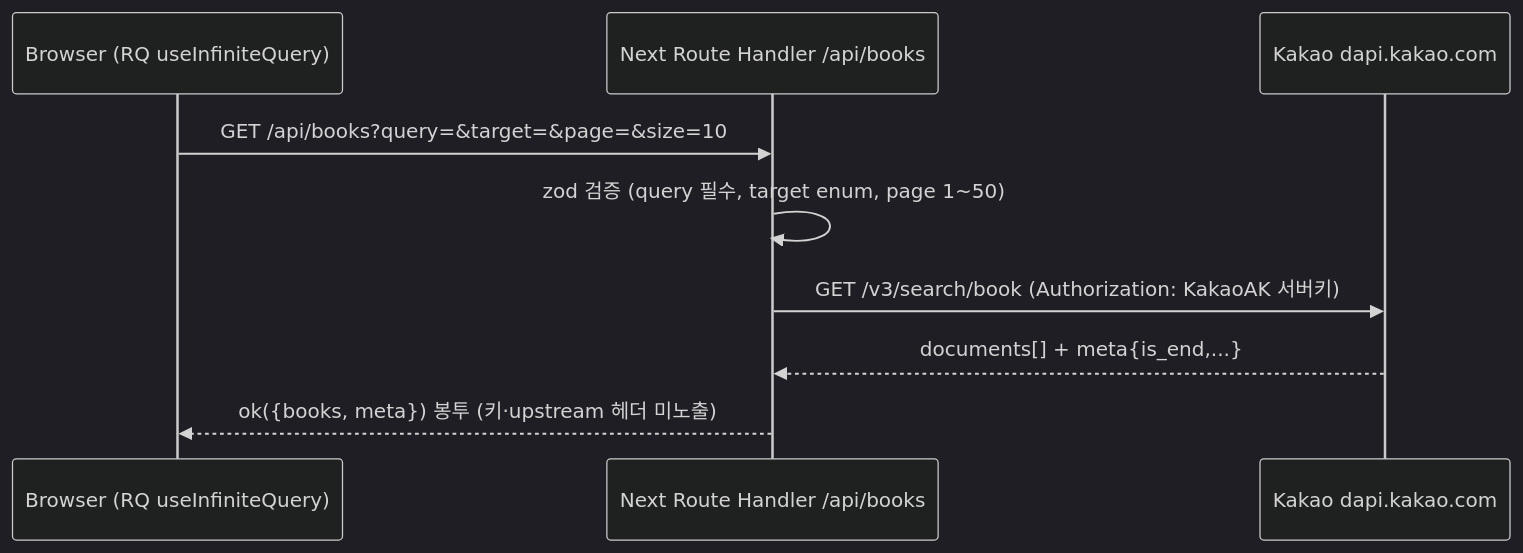
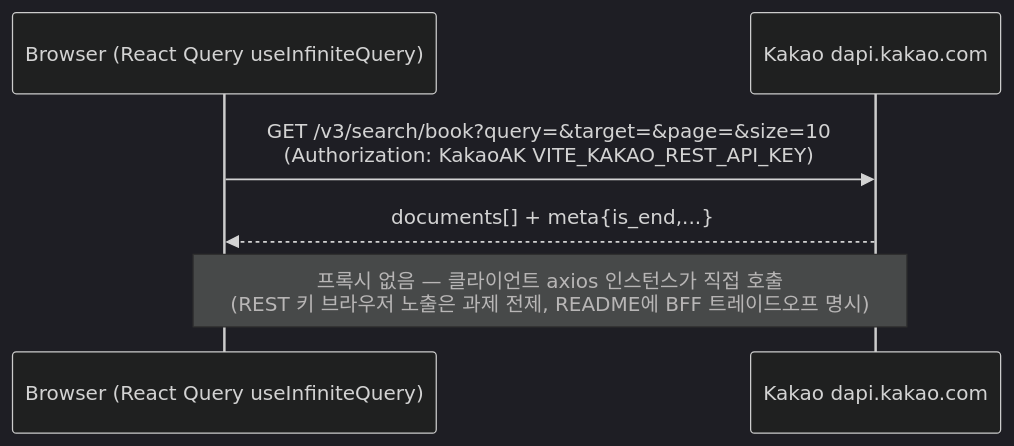
The second of 2 diagrams in .docs/plans/book-search-app.md (ingcco/cdri-books-KimInHyuck), drawn with Mermaid (dark theme) before and after one commit. The commit also changed other lines of this file and 54 other files, not shown here.

First line of the commit message:
chore: Vite+React 프로젝트 스캐폴딩 및 하네스 규칙 정비

````diff
--- a/.docs/plans/book-search-app.md
+++ b/.docs/plans/book-search-app.md
@@ -53,12 +56,9 @@
 ```mermaid
 sequenceDiagram
-    participant B as Browser (RQ useInfiniteQuery)
-    participant N as Next Route Handler /api/books
+    participant B as Browser (React Query useInfiniteQuery)
     participant K as Kakao dapi.kakao.com
 
-    B->>N: GET /api/books?query=&target=&page=&size=10
-    N->>N: zod 검증 (query 필수, target enum, page 1~50)
-    N->>K: GET /v3/search/book (Authorization: KakaoAK 서버키)
-    K-->>N: documents[] + meta{is_end,...}
-    N-->>B: ok({books, meta}) 봉투 (키·upstream 헤더 미노출)
+    B->>K: GET /v3/search/book?query=&target=&page=&size=10<br/>(Authorization: KakaoAK VITE_KAKAO_REST_API_KEY)
+    K-->>B: documents[] + meta{is_end,...}
+    Note over B,K: 프록시 없음 — 클라이언트 axios 인스턴스가 직접 호출<br/>(REST 키 브라우저 노출은 과제 전제, README에 BFF 트레이드오프 명시)
 ```
````
